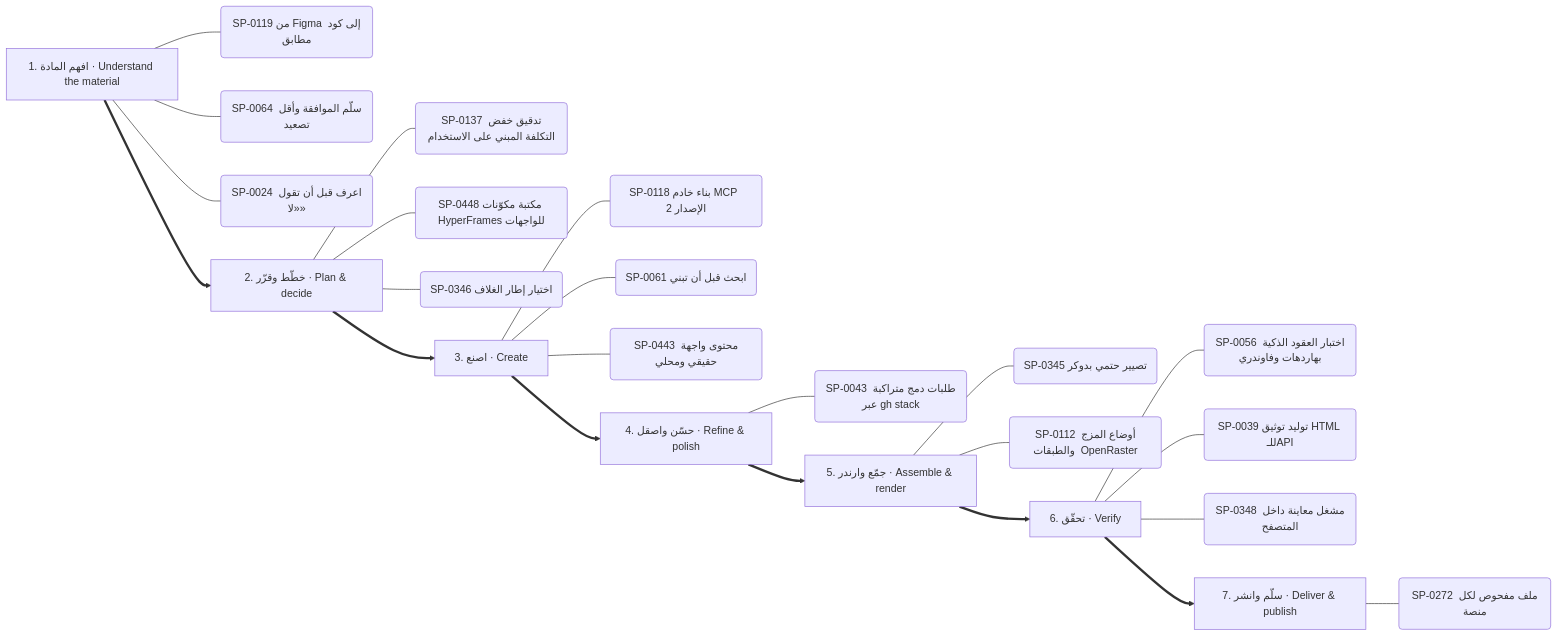
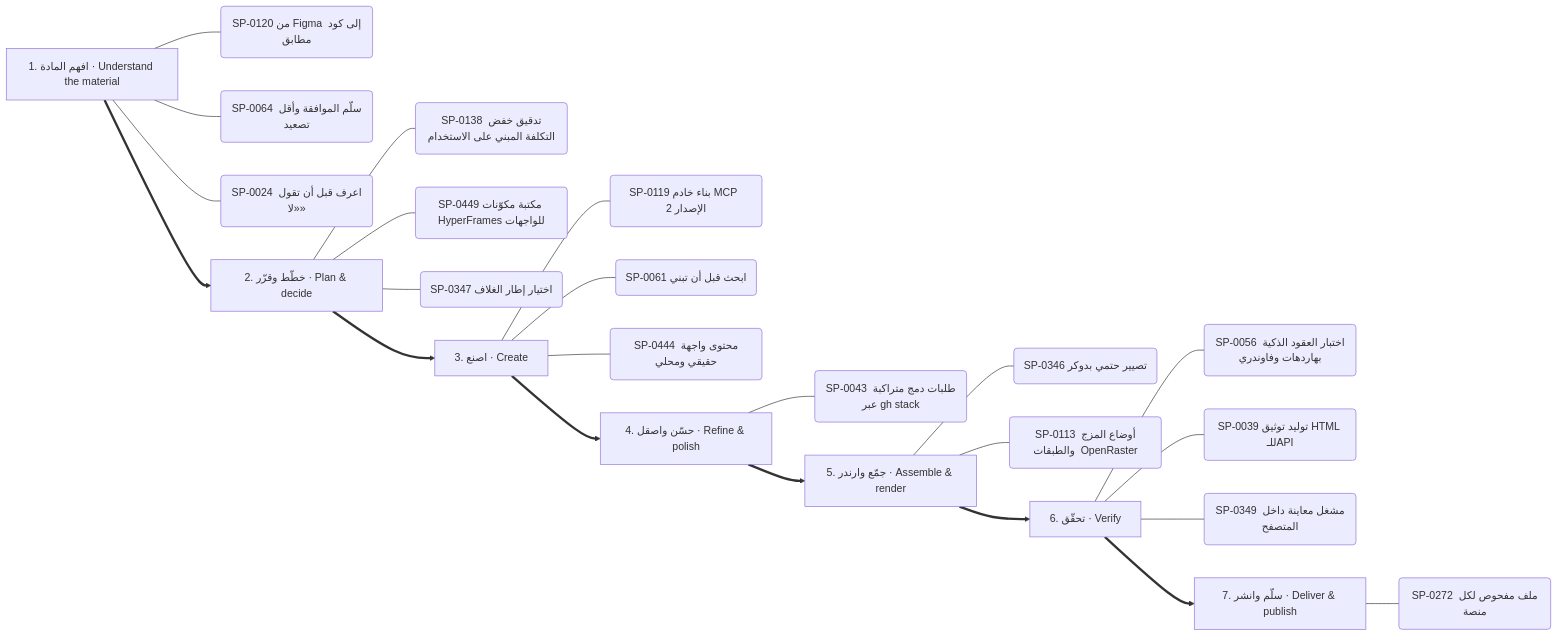
The ninth of 13 diagrams in .claude/skills/kosif-superpowers/references/capability-mindmap.md (kosif199022-jpg/kosif-tool), drawn with Mermaid before and after one commit. The commit also changed other lines of this file and 53 other files, not shown here.

````diff
--- a/.claude/skills/kosif-superpowers/references/capability-mindmap.md
+++ b/.claude/skills/kosif-superpowers/references/capability-mindmap.md
@@ -454,32 +452,32 @@
 ```mermaid
 flowchart LR
   S0["1. افهم المادة · Understand the material"]
-  S0 --- S0_0("SP-0119 من Figma إلى كود مطابق")
+  S0 --- S0_0("SP-0120 من Figma إلى كود مطابق")
   S0 --- S0_1("SP-0064 سلّم الموافقة وأقل تصعيد")
   S0 --- S0_2("SP-0024 اعرف قبل أن تقول «لا»")
   S1["2. خطّط وقرّر · Plan & decide"]
-  S1 --- S1_0("SP-0137 تدقيق خفض التكلفة المبني على الاستخدام")
-  S1 --- S1_1("SP-0448 مكتبة مكوّنات HyperFrames للواجهات")
-  S1 --- S1_2("SP-0346 اختيار إطار الغلاف")
+  S1 --- S1_0("SP-0138 تدقيق خفض التكلفة المبني على الاستخدام")
+  S1 --- S1_1("SP-0449 مكتبة مكوّنات HyperFrames للواجهات")
+  S1 --- S1_2("SP-0347 اختيار إطار الغلاف")
   S0 ==> S1
   S2["3. اصنع · Create"]
-  S2 --- S2_0("SP-0118 بناء خادم MCP  الإصدار 2 ")
+  S2 --- S2_0("SP-0119 بناء خادم MCP  الإصدار 2 ")
   S2 --- S2_1("SP-0061 ابحث قبل أن تبني")
-  S2 --- S2_2("SP-0443 محتوى واجهة حقيقي ومحلي")
+  S2 --- S2_2("SP-0444 محتوى واجهة حقيقي ومحلي")
   S1 ==> S2
   S3["4. حسّن واصقل · Refine & polish"]
   S3 --- S3_0("SP-0043 طلبات دمج متراكبة عبر gh stack")
   S2 ==> S3
   S4["5. جمّع وارندر · Assemble & render"]
-  S4 --- S4_0("SP-0345 تصيير حتمي بدوكر")
-  S4 --- S4_1("SP-0112 أوضاع المزج والطبقات  OpenRaster ")
+  S4 --- S4_0("SP-0346 تصيير حتمي بدوكر")
+  S4 --- S4_1("SP-0113 أوضاع المزج والطبقات  OpenRaster ")
   S3 ==> S4
   S5["6. تحقّق · Verify"]
   S5 --- S5_0("SP-0056 اختبار العقود الذكية بهاردهات وفاوندري")
   S5 --- S5_1("SP-0039 توليد توثيق HTML للـAPI")
-  S5 --- S5_2("SP-0348 مشغل معاينة داخل المتصفح")
+  S5 --- S5_2("SP-0349 مشغل معاينة داخل المتصفح")
   S4 ==> S5
   S6["7. سلّم وانشر · Deliver & publish"]
   S6 --- S6_0("SP-0272 ملف مفحوص لكل منصة")
   S5 ==> S6
 ```
````
